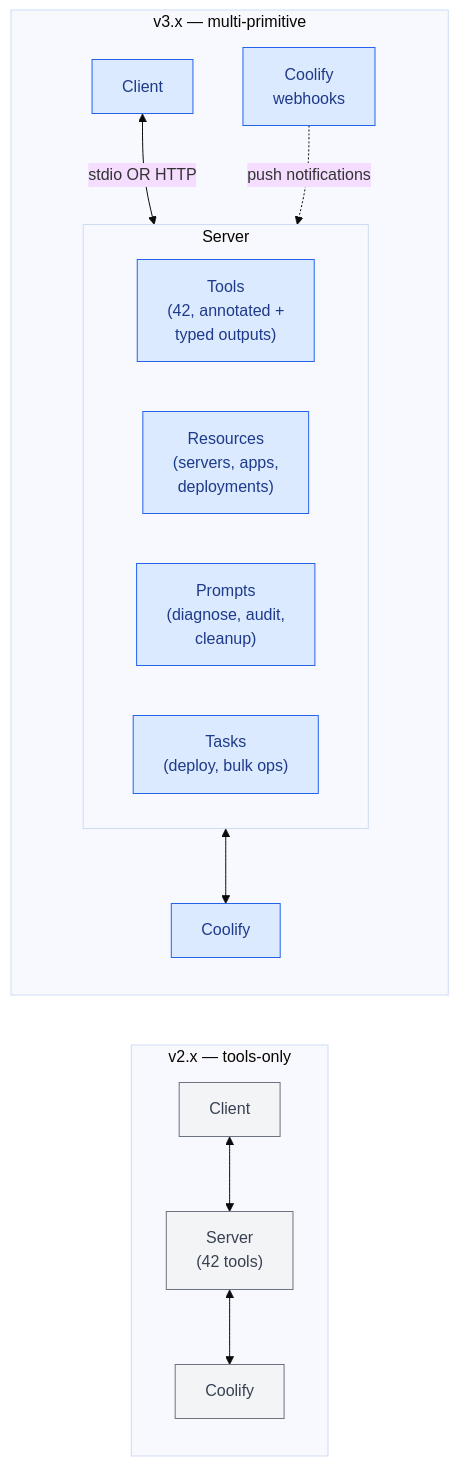
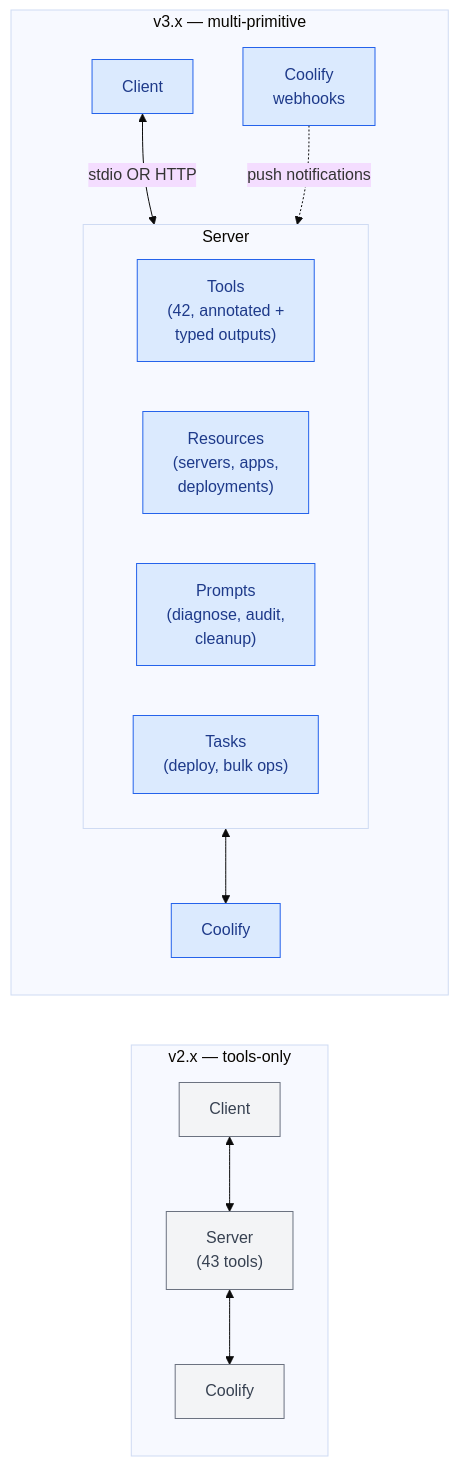
The second of 5 diagrams in site/roadmap/v3-vision.md (StuMason/coolify-mcp), drawn with Mermaid (base theme) before and after one commit. The commit also changed 14 other files, not shown here.

````diff
--- a/site/roadmap/v3-vision.md
+++ b/site/roadmap/v3-vision.md
@@ -33,30 +33,30 @@
 ```mermaid
 flowchart LR
     subgraph v2["v2.x — tools-only"]
         v2c["Client"]
-        v2s["Server<br/>(42 tools)"]
+        v2s["Server<br/>(43 tools)"]
         v2k["Coolify"]
         v2c <--> v2s
         v2s <--> v2k
     end
 
     subgraph v3["v3.x — multi-primitive"]
         v3c["Client"]
         subgraph v3s["Server"]
             tools3["Tools<br/>(42, annotated +<br/>typed outputs)"]
             res3["Resources<br/>(servers, apps,<br/>deployments)"]
             prompts3["Prompts<br/>(diagnose, audit,<br/>cleanup)"]
             tasks3["Tasks<br/>(deploy, bulk ops)"]
         end
         v3k["Coolify"]
         v3hooks["Coolify<br/>webhooks"]
         v3c <-- "stdio OR HTTP" --> v3s
         v3s <--> v3k
         v3hooks -. "push notifications" .-> v3s
     end
 
     classDef v2style fill:#f3f4f6,stroke:#6b7280,color:#374151
     classDef v3style fill:#dbeafe,stroke:#2563eb,color:#1e3a8a
     class v2c,v2s,v2k v2style
     class v3c,tools3,res3,prompts3,tasks3,v3k,v3hooks v3style
 ```
````
